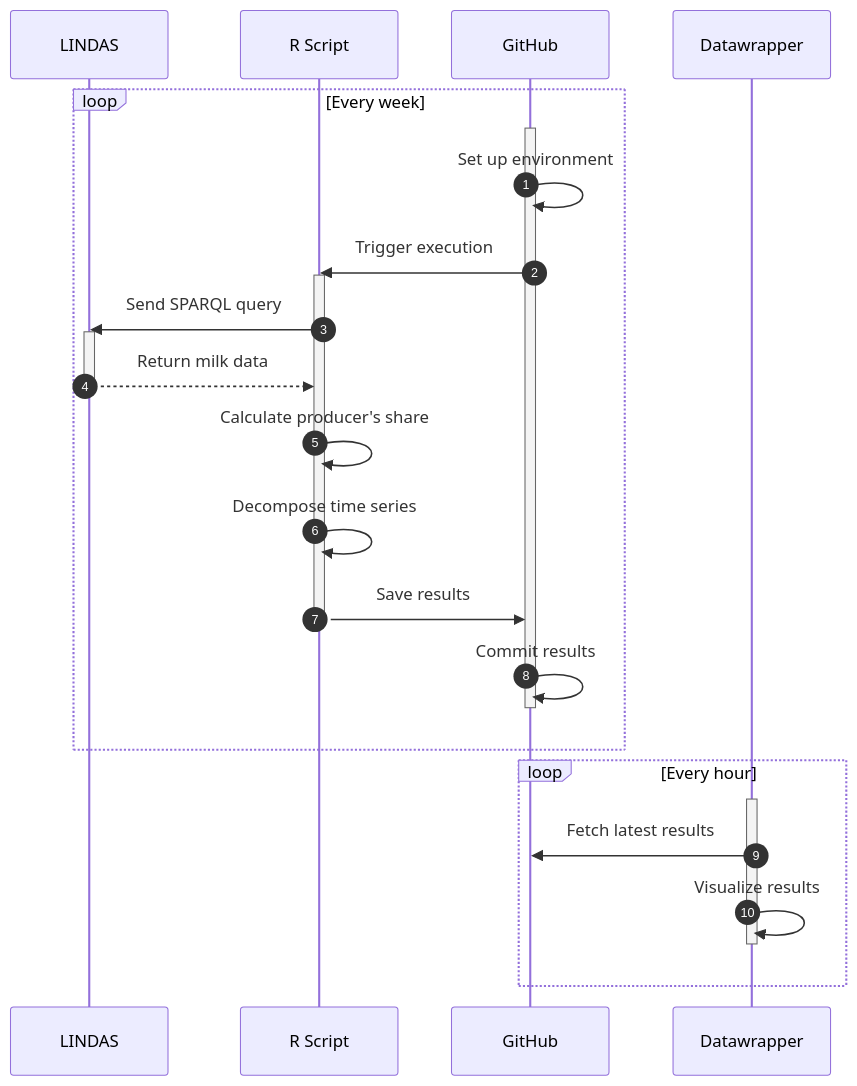
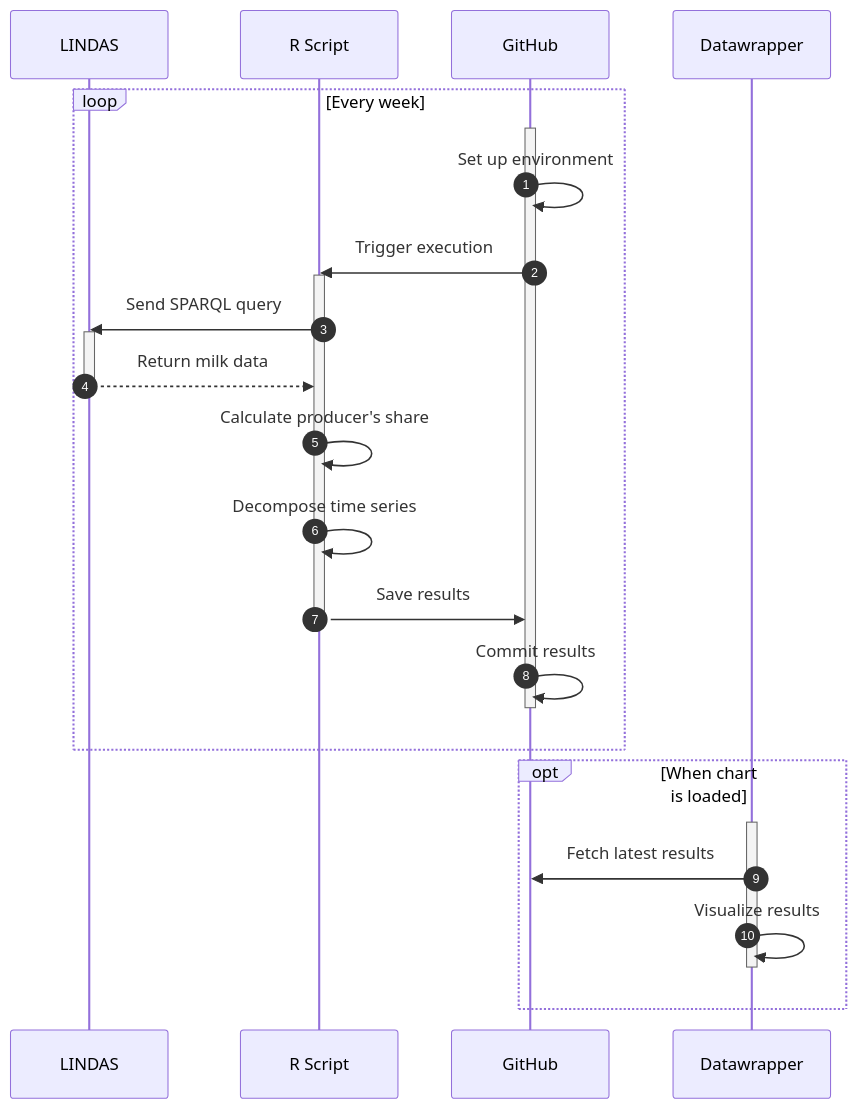
The diagram in README.md (blw-ofag-ufag/poc-producers-share), drawn with Mermaid before and after one commit. The commit also changed other lines of this file, not shown here.

Commit message:
Closes #2
- Change how and when Datawrapper fetches results from GitHub.
- Change README to keep documentation up-to-date.

````diff
--- a/README.md
+++ b/README.md
@@ -35,30 +35,30 @@
 ```mermaid
 sequenceDiagram
     autonumber
     participant LINDAS
     participant R Script
     participant GitHub
     participant Datawrapper
     loop Every week
         activate GitHub
         GitHub->>GitHub: Set up environment
         GitHub->>R Script: Trigger execution
         activate R Script
         R Script->>LINDAS: Send SPARQL query
         activate LINDAS
         LINDAS-->>R Script: Return milk data
         deactivate LINDAS
         R Script->>R Script: Calculate producer's share
         R Script->>R Script: Decompose time series
         R Script->>GitHub: Save results
         deactivate R Script
         GitHub->>GitHub: Commit results
         deactivate GitHub
     end
-    loop Every hour
+    opt When chart is loaded
         activate Datawrapper
         Datawrapper->>GitHub: Fetch latest results
         Datawrapper->>Datawrapper: Visualize results
         deactivate Datawrapper
     end
 ```
````
